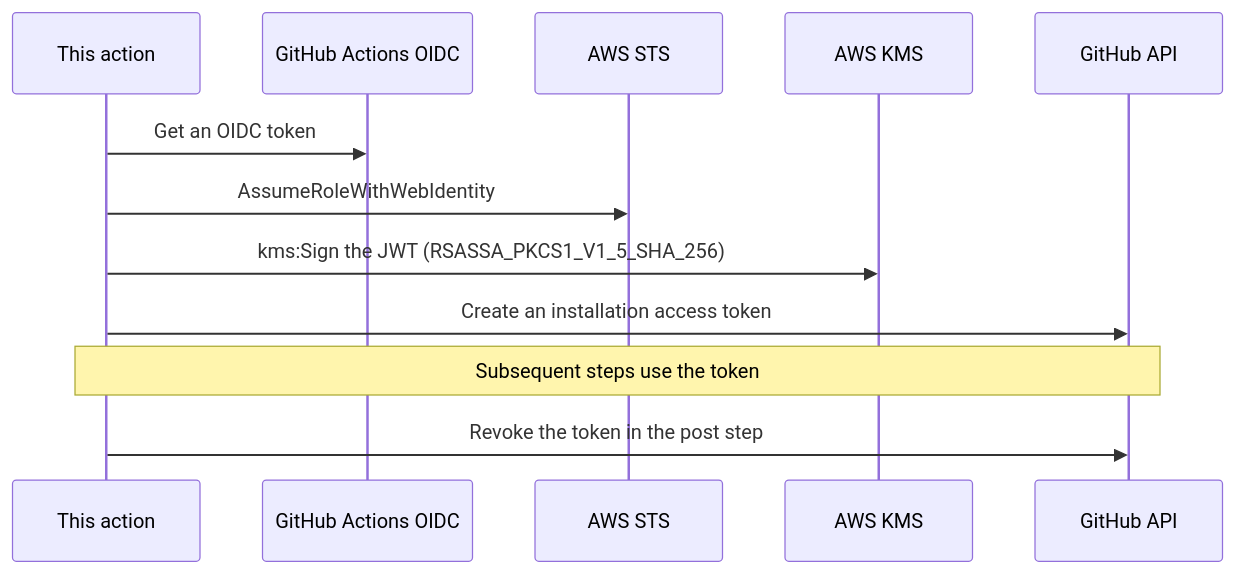
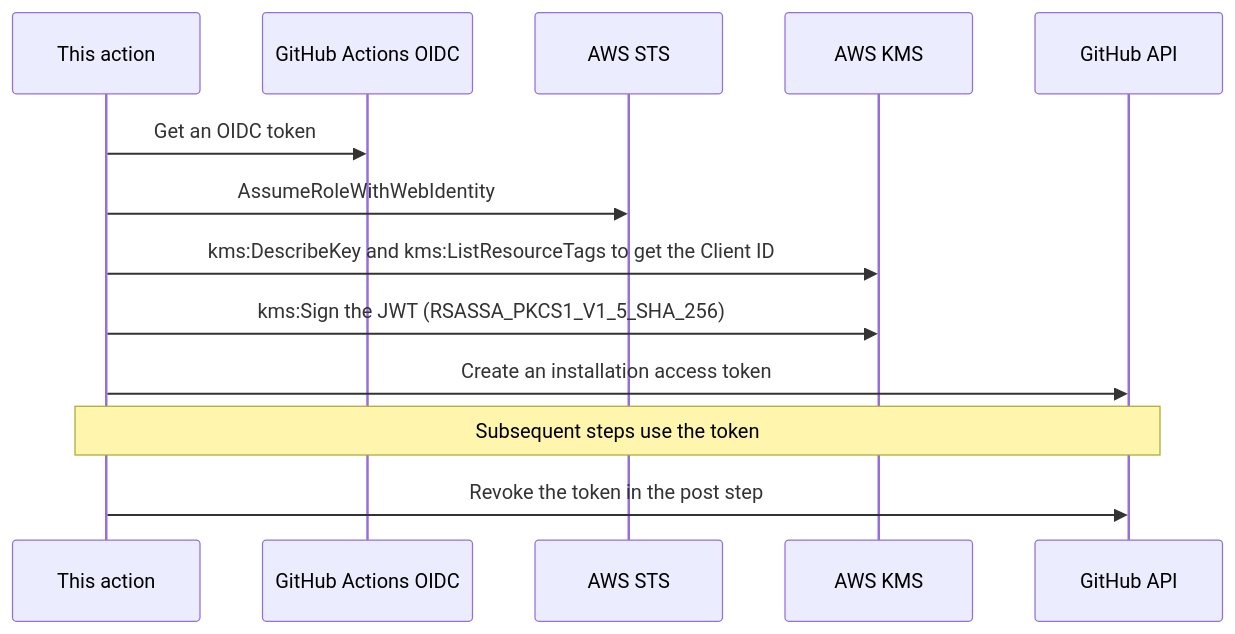
The diagram in README.md (int128/aws-kms-github-app-token-action), drawn with Mermaid before and after one commit. The commit also changed other lines of this file and 5 other files, not shown here.

Commit message:
Read client ID from KMS key tag (#5)

````diff
--- a/README.md
+++ b/README.md
@@ -112,15 +122,16 @@
 ```mermaid
 sequenceDiagram
   participant Action as This action
   participant GHA as GitHub Actions OIDC
   participant STS as AWS STS
   participant KMS as AWS KMS
   participant GitHub as GitHub API
 
   Action ->> GHA: Get an OIDC token
   Action ->> STS: AssumeRoleWithWebIdentity
+  Action ->> KMS: kms:DescribeKey and kms:ListResourceTags to get the Client ID
   Action ->> KMS: kms:Sign the JWT (RSASSA_PKCS1_V1_5_SHA_256)
   Action ->> GitHub: Create an installation access token
   Note over Action, GitHub: Subsequent steps use the token
   Action ->> GitHub: Revoke the token in the post step
 ```
````
